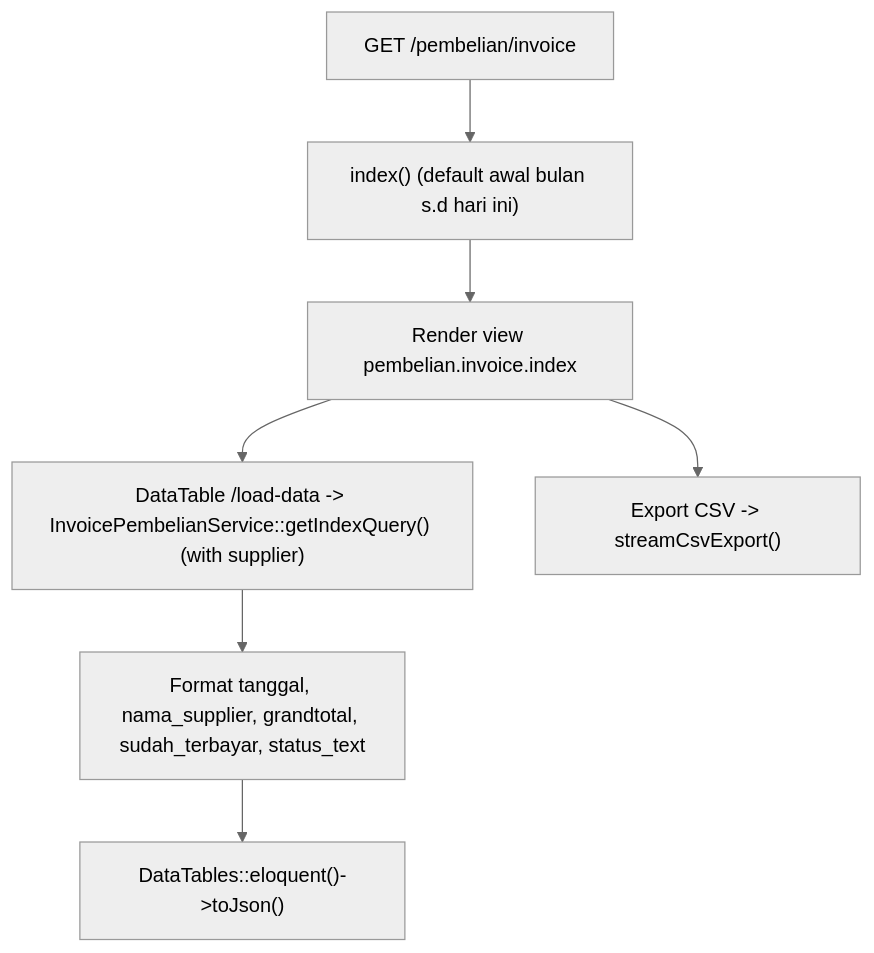
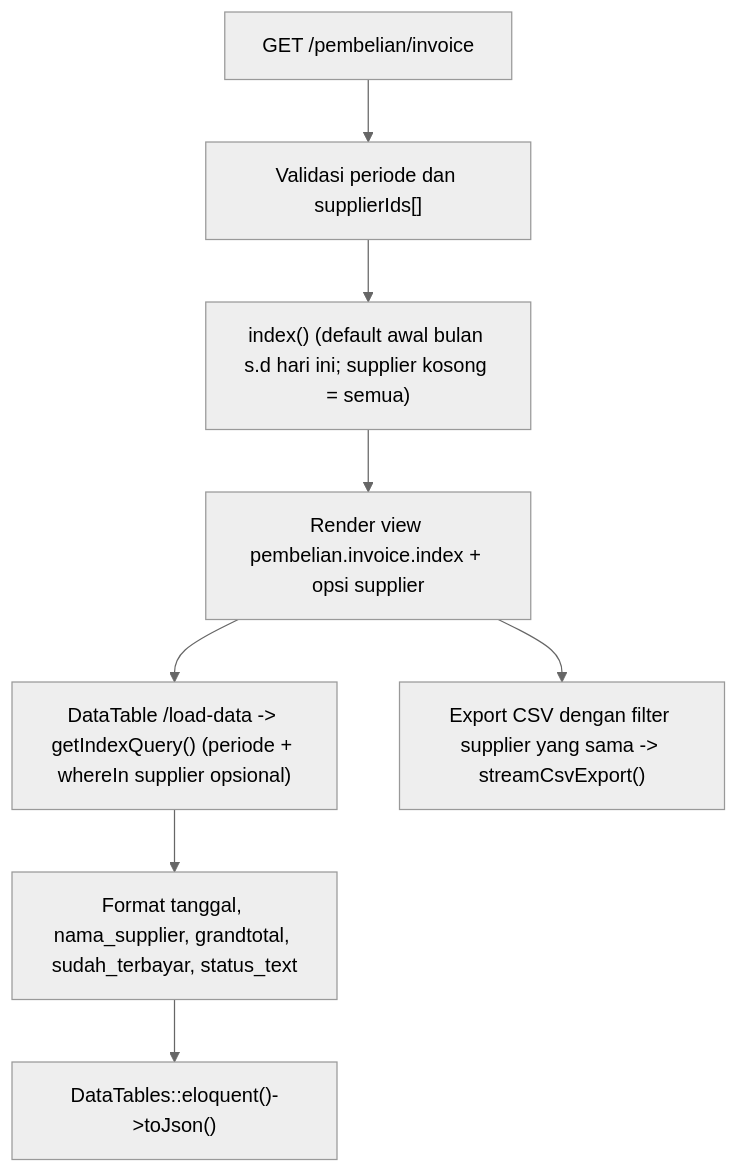
Before and after one commit to AltamaSidoarjo/laravel-siakurat-pt-smt: the first of 2 diagrams in dokumentasi/pembelian-invoice.md, drawn with Mermaid (neutral theme). The commit also changed other lines of this file and 6 other files, not shown here.

Commit message:
feat: add multi-supplier purchase invoice filter

````diff
--- a/dokumentasi/pembelian-invoice.md
+++ b/dokumentasi/pembelian-invoice.md
@@ -34,9 +35,10 @@
 ```mermaid
 flowchart TD
-    A["GET /pembelian/invoice"] --> B["index() (default awal bulan s.d hari ini)"]
-    B --> C["Render view pembelian.invoice.index"]
-    C --> D["DataTable /load-data -> InvoicePembelianService::getIndexQuery() (with supplier)"]
-    D --> E["Format tanggal, nama_supplier, grandtotal, sudah_terbayar, status_text"]
-    E --> F["DataTables::eloquent()->toJson()"]
-    C --> G["Export CSV -> streamCsvExport()"]
+    A["GET /pembelian/invoice"] --> B["Validasi periode dan supplierIds[]"]
+    B --> C["index() (default awal bulan s.d hari ini; supplier kosong = semua)"]
+    C --> D["Render view pembelian.invoice.index + opsi supplier"]
+    D --> E["DataTable /load-data -> getIndexQuery() (periode + whereIn supplier opsional)"]
+    E --> F["Format tanggal, nama_supplier, grandtotal, sudah_terbayar, status_text"]
+    F --> G["DataTables::eloquent()->toJson()"]
+    D --> H["Export CSV dengan filter supplier yang sama -> streamCsvExport()"]
 ```
````
